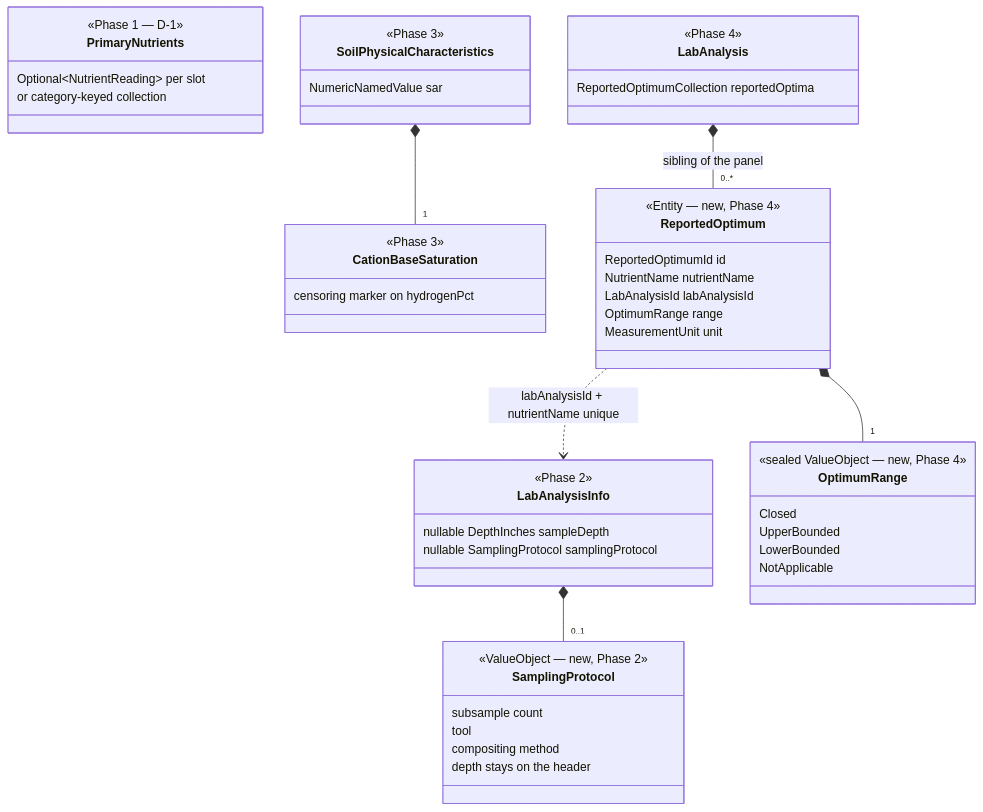
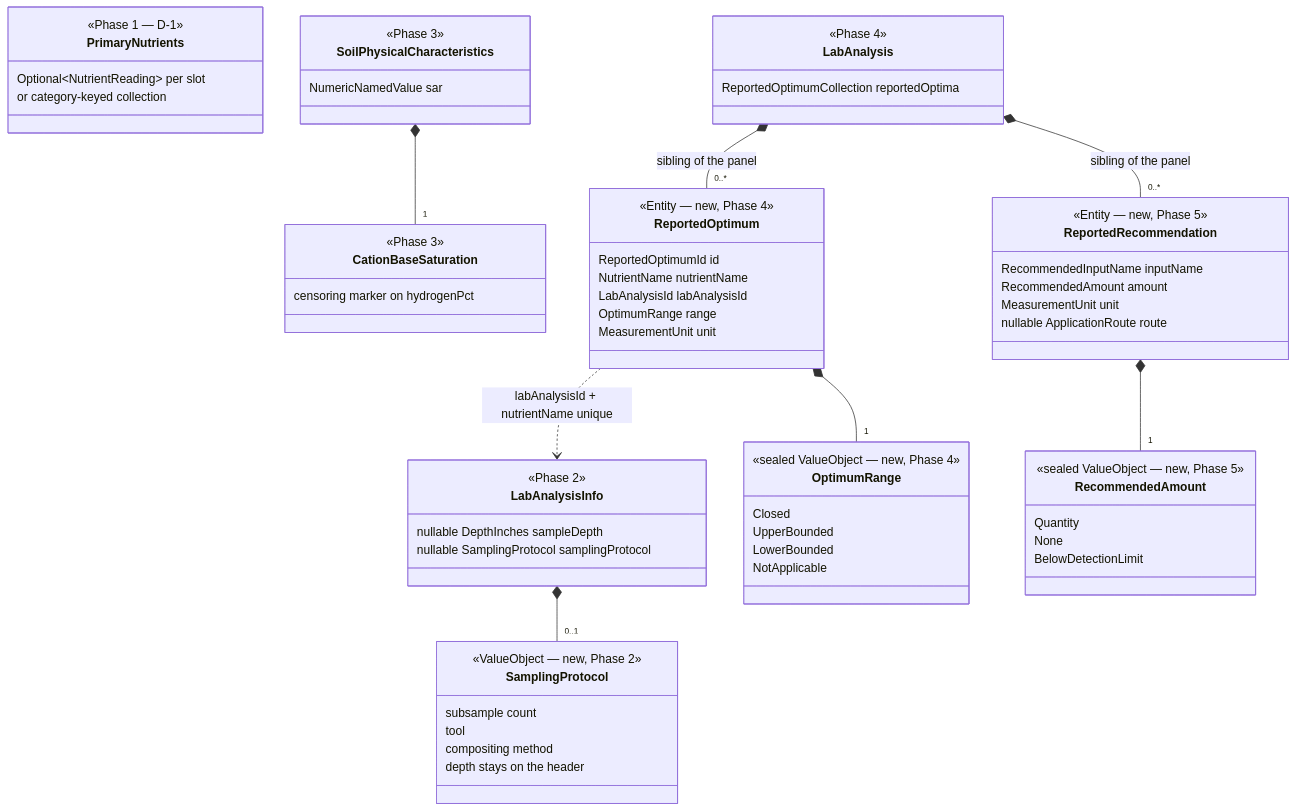
One commit to pway99/naturalist changed the second of 2 diagrams in docs/soil-status-implementation-plan.md. Above: the diagram before and after it, drawn with Mermaid. The commit also changed other lines of this file and 26 other files, not shown here.

First line of the commit message:
feat(soil): store the lab's printed recommendations (Phase 5)

````diff
--- a/docs/soil-status-implementation-plan.md
+++ b/docs/soil-status-implementation-plan.md
@@ -190,62 +211,79 @@
 ```mermaid
 classDiagram
     direction TB
 
     class PrimaryNutrients {
         <<Phase 1 — D-1>>
         Optional~NutrientReading~ per slot
         or category-keyed collection
     }
 
     class LabAnalysisInfo {
         <<Phase 2>>
         nullable DepthInches sampleDepth
         nullable SamplingProtocol samplingProtocol
     }
 
     class SamplingProtocol {
         <<ValueObject — new, Phase 2>>
         subsample count
         tool
         compositing method
         depth stays on the header
     }
 
     class SoilPhysicalCharacteristics {
         <<Phase 3>>
         NumericNamedValue sar
     }
 
     class CationBaseSaturation {
         <<Phase 3>>
         censoring marker on hydrogenPct
     }
 
     class LabAnalysis {
         <<Phase 4>>
         ReportedOptimumCollection reportedOptima
     }
 
     class ReportedOptimum {
         <<Entity — new, Phase 4>>
         ReportedOptimumId id
         NutrientName nutrientName
         LabAnalysisId labAnalysisId
         OptimumRange range
         MeasurementUnit unit
     }
 
     class OptimumRange {
         <<sealed ValueObject — new, Phase 4>>
         Closed
         UpperBounded
         LowerBounded
         NotApplicable
     }
 
+    class ReportedRecommendation {
+        <<Entity — new, Phase 5>>
+        RecommendedInputName inputName
+        RecommendedAmount amount
+        MeasurementUnit unit
+        nullable ApplicationRoute route
+    }
+
+    class RecommendedAmount {
+        <<sealed ValueObject — new, Phase 5>>
+        Quantity
+        None
+        BelowDetectionLimit
+    }
+
     LabAnalysisInfo *-- "0..1" SamplingProtocol
     SoilPhysicalCharacteristics *-- "1" CationBaseSaturation
     LabAnalysis *-- "0..*" ReportedOptimum : sibling of the panel
     ReportedOptimum *-- "1" OptimumRange
     ReportedOptimum ..> LabAnalysisInfo : labAnalysisId + nutrientName unique
+    LabAnalysis *-- "0..*" ReportedRecommendation : sibling of the panel
+    ReportedRecommendation *-- "1" RecommendedAmount
 ```
````
